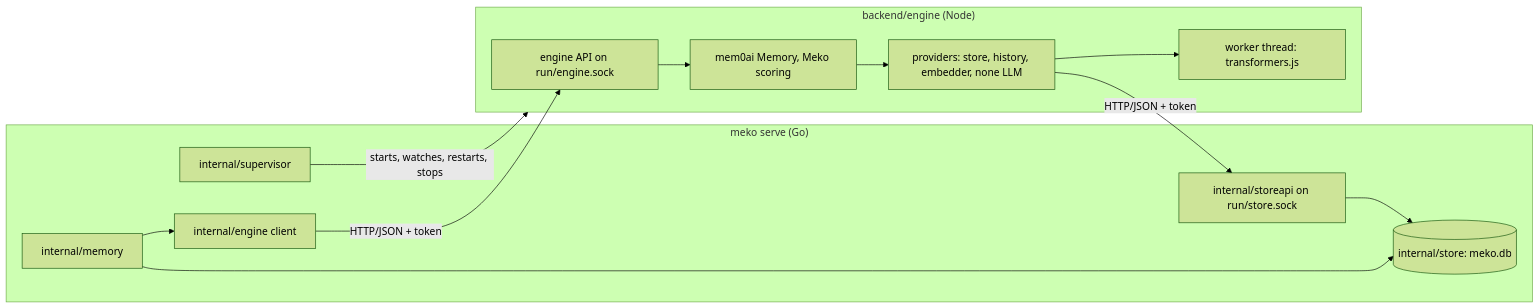
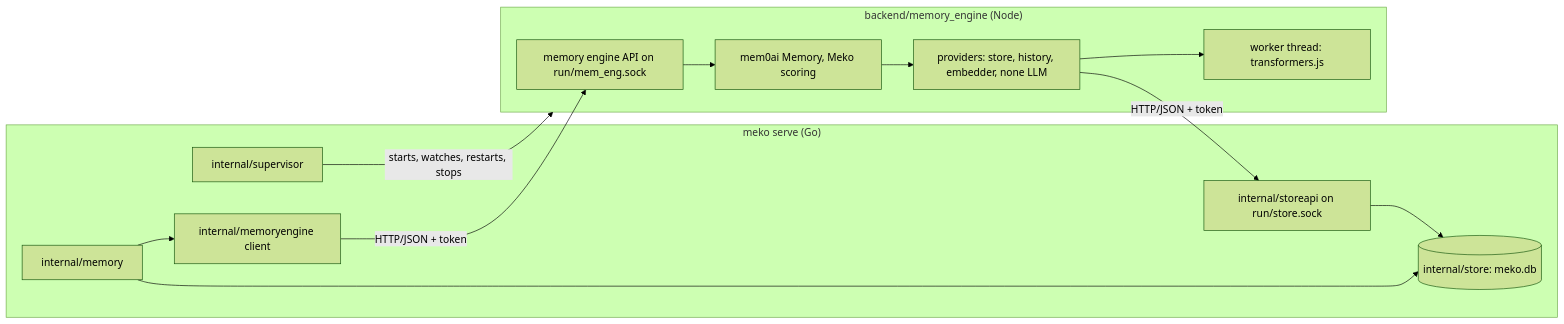
One commit to yugabyte/meko changed the diagram in backend/docs/memory-engine.md. Above: the diagram before and after it, drawn with Mermaid (forest theme). The commit also changed other lines of this file and 67 other files, not shown here.

First line of the commit message:
chore(meko): rename the engine to the memory engine

````diff
--- a/backend/docs/memory-engine.md
+++ b/backend/docs/memory-engine.md
@@ -61,23 +61,23 @@
 ```mermaid
 flowchart LR
   subgraph serve["meko serve (Go)"]
     svc["internal/memory"]
     storeapi["internal/storeapi on run/store.sock"]
     store[("internal/store: meko.db")]
-    eng["internal/engine client"]
+    eng["internal/memoryengine client"]
     sup["internal/supervisor"]
     svc --> store
     svc --> eng
     storeapi --> store
   end
-  subgraph node["backend/engine (Node)"]
-    api["engine API on run/engine.sock"]
+  subgraph node["backend/memory_engine (Node)"]
+    api["memory engine API on run/mem_eng.sock"]
     mem0["mem0ai Memory, Meko scoring"]
     prov["providers: store, history, embedder, none LLM"]
     worker["worker thread: transformers.js"]
     api --> mem0 --> prov --> worker
   end
   eng -- "HTTP/JSON + token" --> api
   prov -- "HTTP/JSON + token" --> storeapi
   sup -- "starts, watches, restarts, stops" --> node
 ```
````
